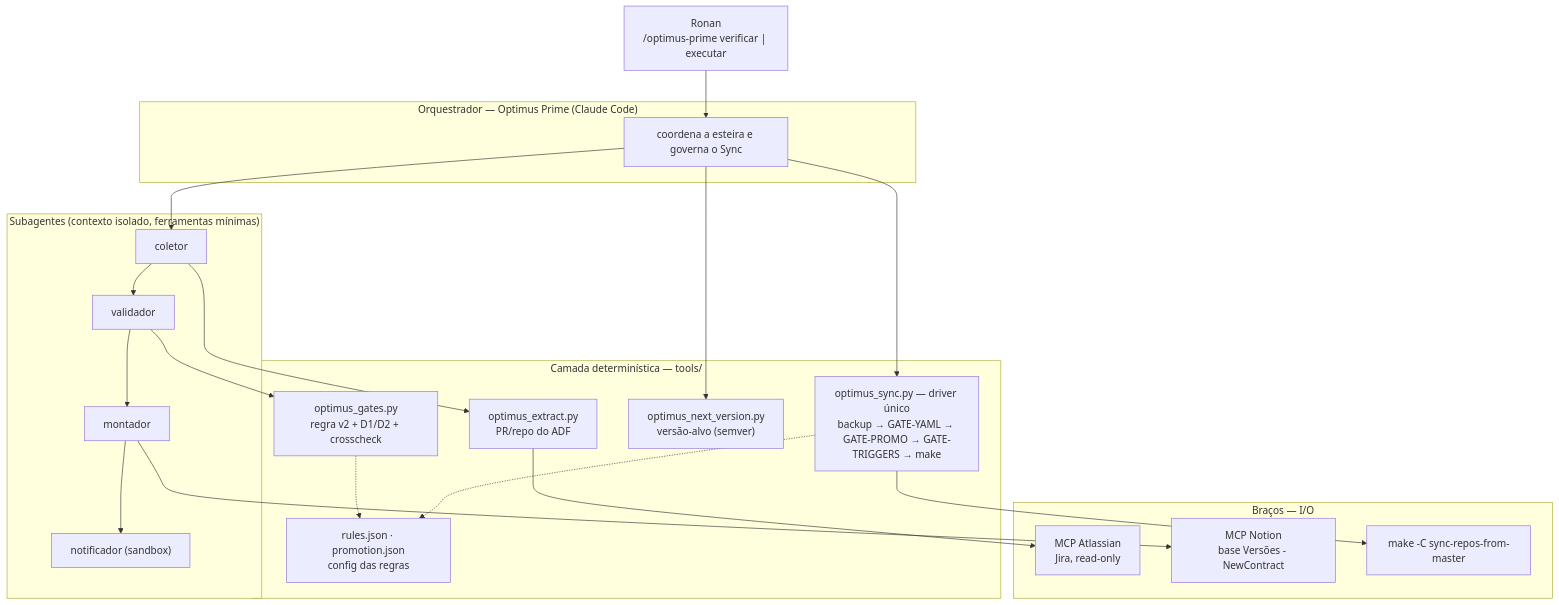
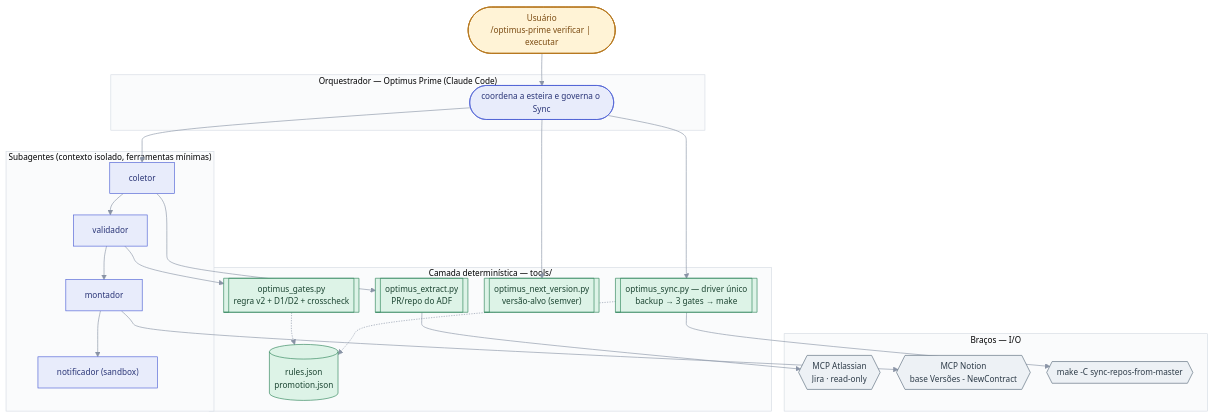
The first of 4 diagrams in docs/ARQUITETURA.md (BertoRcsb/workflow-automation-management), drawn with Mermaid before and after one commit. The commit also changed other lines of this file and 57 other files, not shown here.

First line of the commit message:
docs: replace approver name with 'usuário' and restyle all diagrams

````diff
--- a/docs/ARQUITETURA.md
+++ b/docs/ARQUITETURA.md
@@ -19,39 +23,45 @@
 ```mermaid
+%%{init: {"theme":"base","themeVariables":{"fontSize":"13px","lineColor":"#8A94A6","primaryColor":"#EDF1F5","primaryBorderColor":"#5A6B7B","primaryTextColor":"#2D3B48","clusterBkg":"#FAFBFC","clusterBorder":"#D5DBE3","edgeLabelBackground":"#FFFFFF"},"flowchart":{"curve":"basis","nodeSpacing":26,"rankSpacing":34}}}%%
 flowchart TB
-    R["Ronan<br>/optimus-prime verificar | executar"]
+    U(["Usuário<br>/optimus-prime verificar | executar"]):::humano
 
     subgraph Orq["Orquestrador — Optimus Prime (Claude Code)"]
-        O["coordena a esteira e governa o Sync"]
+        O(["coordena a esteira e governa o Sync"]):::llm
     end
 
     subgraph Sub["Subagentes (contexto isolado, ferramentas mínimas)"]
-        C["coletor"]
-        V["validador"]
-        M["montador"]
-        N["notificador (sandbox)"]
+        C["coletor"]:::llm
+        V["validador"]:::llm
+        M["montador"]:::llm
+        N["notificador (sandbox)"]:::llm
     end
 
     subgraph Tools["Camada determinística — tools/"]
-        T1["optimus_extract.py<br>PR/repo do ADF"]
-        T2["optimus_gates.py<br>regra v2 + D1/D2 + crosscheck"]
-        T3["optimus_next_version.py<br>versão-alvo (semver)"]
-        T4["optimus_sync.py — driver único<br>backup → GATE-YAML → GATE-PROMO → GATE-TRIGGERS → make"]
-        T5["rules.json · promotion.json<br>config das regras"]
+        T1[["optimus_extract.py<br>PR/repo do ADF"]]:::det
+        T2[["optimus_gates.py<br>regra v2 + D1/D2 + crosscheck"]]:::det
+        T3[["optimus_next_version.py<br>versão-alvo (semver)"]]:::det
+        T4[["optimus_sync.py — driver único<br>backup → 3 gates → make"]]:::det
+        T5[("rules.json<br>promotion.json")]:::det
     end
 
     subgraph Bracos["Braços — I/O"]
-        MCP1["MCP Atlassian<br>Jira, read-only"]
-        MCP2["MCP Notion<br>base Versões - NewContract"]
-        MK["make -C sync-repos-from-master"]
+        MCP1{{"MCP Atlassian<br>Jira · read-only"}}:::io
+        MCP2{{"MCP Notion<br>base Versões - NewContract"}}:::io
+        MK{{"make -C sync-repos-from-master"}}:::io
     end
 
-    R --> O
+    U --> O
     O --> C --> V --> M --> N
     C --> T1 --> MCP1
     V --> T2
     O --> T3
     M --> MCP2
     O --> T4 --> MK
     T2 -.-> T5
     T4 -.-> T5
+
+    classDef humano fill:#FFF3D6,stroke:#B7791F,color:#7B4B12,stroke-width:1.5px
+    classDef llm fill:#E8ECFB,stroke:#4C5FD5,color:#2A3577
+    classDef det fill:#DDF3E7,stroke:#2F855A,color:#1C4532
+    classDef io fill:#EDF1F5,stroke:#5A6B7B,color:#2D3B48
 ```
````
